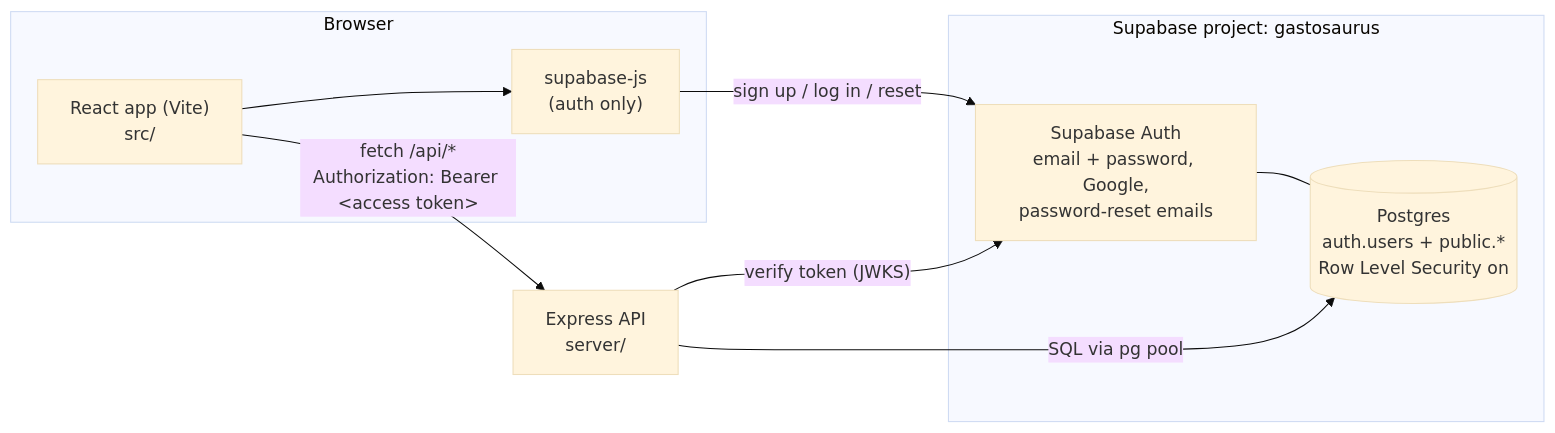
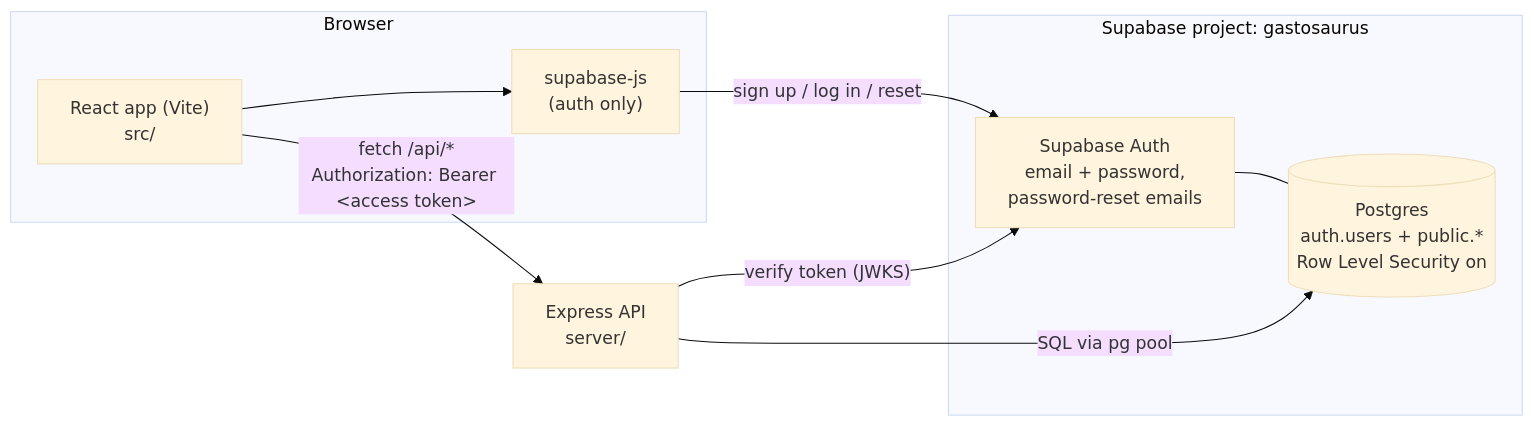
The first of 3 diagrams in docs/ARCHITECTURE.md (francoiseee/gastosaurus), drawn with Mermaid (base theme) before and after one commit. The commit also changed other lines of this file and 101 other files, not shown here.

````diff
--- a/docs/ARCHITECTURE.md
+++ b/docs/ARCHITECTURE.md
@@ -11,21 +11,21 @@
 ```mermaid
 flowchart LR
   subgraph Browser
     UI["React app (Vite)<br/>src/"]
     SB["supabase-js<br/>(auth only)"]
   end
 
   subgraph Supabase["Supabase project: gastosaurus"]
-    AUTH["Supabase Auth<br/>email + password, Google,<br/>password-reset emails"]
+    AUTH["Supabase Auth<br/>email + password,<br/>password-reset emails"]
     DB[("Postgres<br/>auth.users + public.*<br/>Row Level Security on")]
   end
 
   API["Express API<br/>server/"]
 
   UI --> SB
   SB -- "sign up / log in / reset" --> AUTH
   AUTH --- DB
   UI -- "fetch /api/*<br/>Authorization: Bearer &lt;access token&gt;" --> API
   API -- "verify token (JWKS)" --> AUTH
   API -- "SQL via pg pool" --> DB
 ```
````
